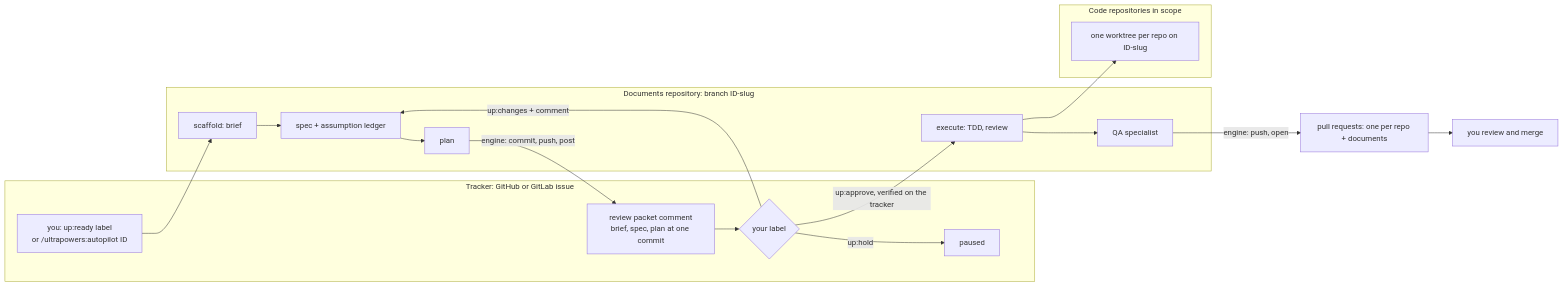
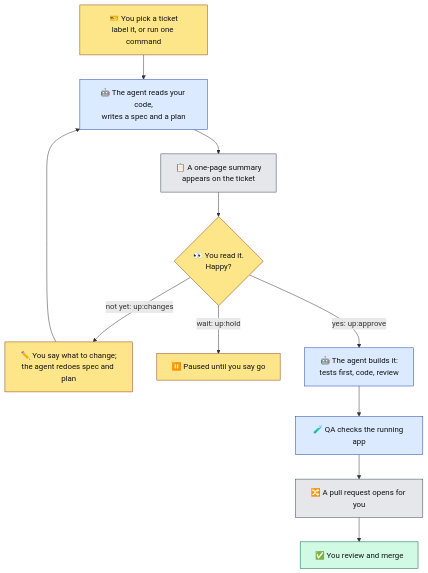
The first of 3 diagrams in README.md (raoofaltaher/ultrapowers), drawn with Mermaid before and after one commit. The commit also changed other lines of this file, not shown here.

Commit message:
README: three candidate flowcharts for the pipelines, for the Owner to pick from
RAOOF A.

````diff
--- a/README.md
+++ b/README.md
@@ -550,25 +552,24 @@
 ```mermaid
-flowchart LR
-    subgraph T["Tracker: GitHub or GitLab issue"]
-        R["you: up:ready label<br/>or /ultrapowers:autopilot ID"]
-        P["review packet comment<br/>brief, spec, plan at one commit"]
-        G{"your label"}
-        H["paused"]
-    end
-    subgraph D["Documents repository: branch ID-slug"]
-        S["scaffold: brief"] --> SP["spec + assumption ledger"] --> PL["plan"]
-        E["execute: TDD, review"] --> Q["QA specialist"]
-    end
-    subgraph C["Code repositories in scope"]
-        W["one worktree per repo on ID-slug"]
-    end
-    R --> S
-    PL -->|engine: commit, push, post| P
-    P --> G
-    G -->|up:approve, verified on the tracker| E
-    G -->|up:changes + comment| SP
-    G -->|up:hold| H
-    E --> W
-    Q -->|engine: push, open| PR["pull requests: one per repo + documents"]
-    PR --> M["you review and merge"]
+flowchart TD
+    classDef you fill:#FDE68A,stroke:#92400E,color:#111
+    classDef agent fill:#DBEAFE,stroke:#1E40AF,color:#111
+    classDef engine fill:#E5E7EB,stroke:#374151,color:#111
+    classDef done fill:#D1FAE5,stroke:#065F46,color:#111
+
+    A["🎫 You pick a ticket<br/>label it, or run one command"]:::you
+    B["🤖 The agent reads your code,<br/>writes a spec and a plan"]:::agent
+    C["📋 A one-page summary<br/>appears on the ticket"]:::engine
+    D{"👀 You read it.<br/>Happy?"}:::you
+    X["✏️ You say what to change;<br/>the agent redoes spec and plan"]:::you
+    P["⏸️ Paused until you say go"]:::you
+    E["🤖 The agent builds it:<br/>tests first, code, review"]:::agent
+    F["🧪 QA checks the running app"]:::agent
+    G["🔀 A pull request opens for you"]:::engine
+    H["✅ You review and merge"]:::done
+
+    A --> B --> C --> D
+    D -->|"yes: up:approve"| E
+    D -->|"not yet: up:changes"| X --> B
+    D -->|"wait: up:hold"| P
+    E --> F --> G --> H
 ```
````
